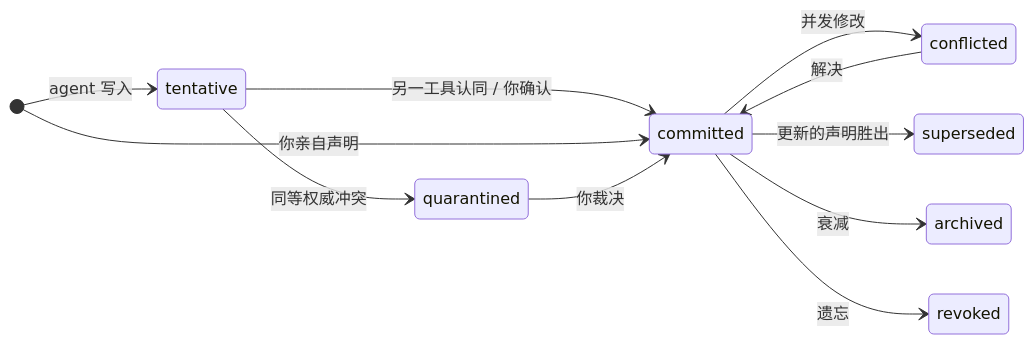
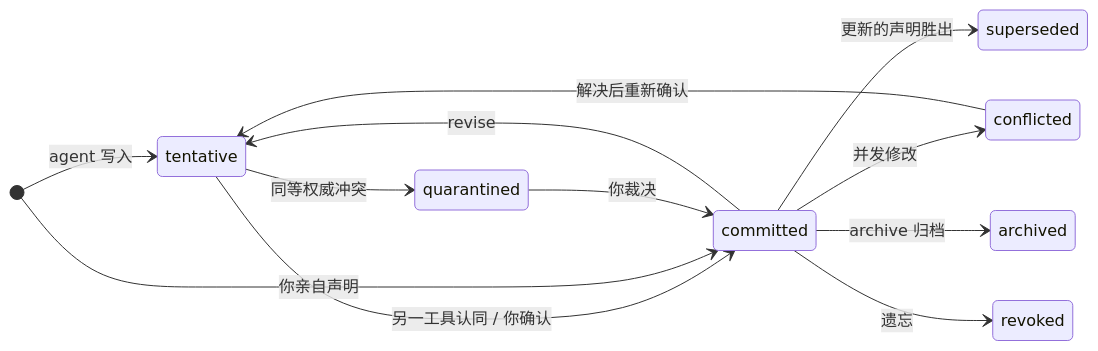
The second of 2 diagrams in docs/i18n/README.zh-CN.md (xi029/HiveMem), drawn with Mermaid before and after one commit. The commit also changed other lines of this file and 24 other files, not shown here.

````diff
--- a/docs/i18n/README.zh-CN.md
+++ b/docs/i18n/README.zh-CN.md
@@ -176,14 +176,15 @@
 ```mermaid
 stateDiagram-v2
     direction LR
     [*] --> tentative: agent 写入
     tentative --> committed: 另一工具认同 / 你确认
     [*] --> committed: 你亲自声明
     tentative --> quarantined: 同等权威冲突
     quarantined --> committed: 你裁决
     committed --> conflicted: 并发修改
-    conflicted --> committed: 解决
+    conflicted --> tentative: 解决后重新确认
+    committed --> tentative: revise
     committed --> superseded: 更新的声明胜出
-    committed --> archived: 衰减
+    committed --> archived: archive 归档
     committed --> revoked: 遗忘
 ```
````
